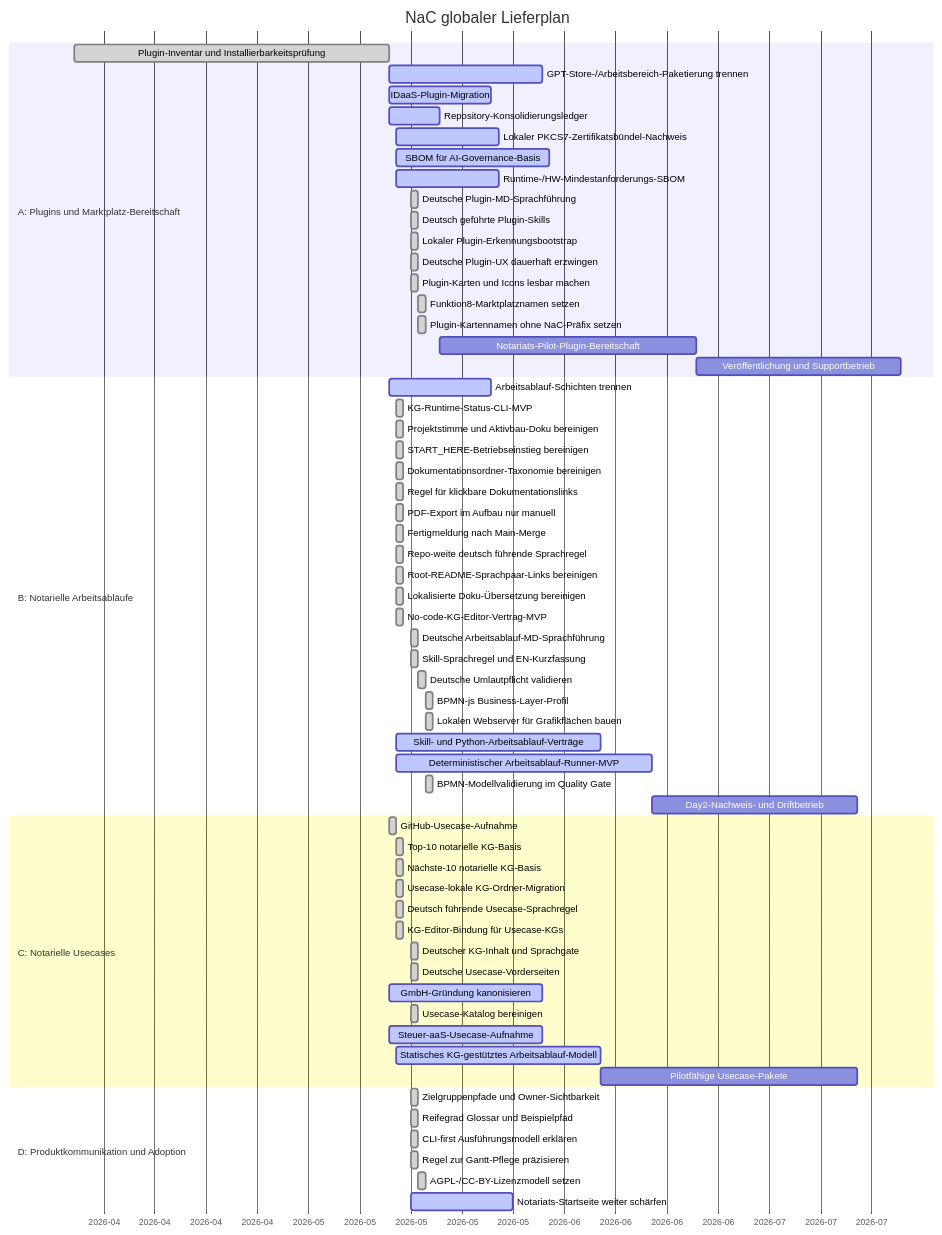
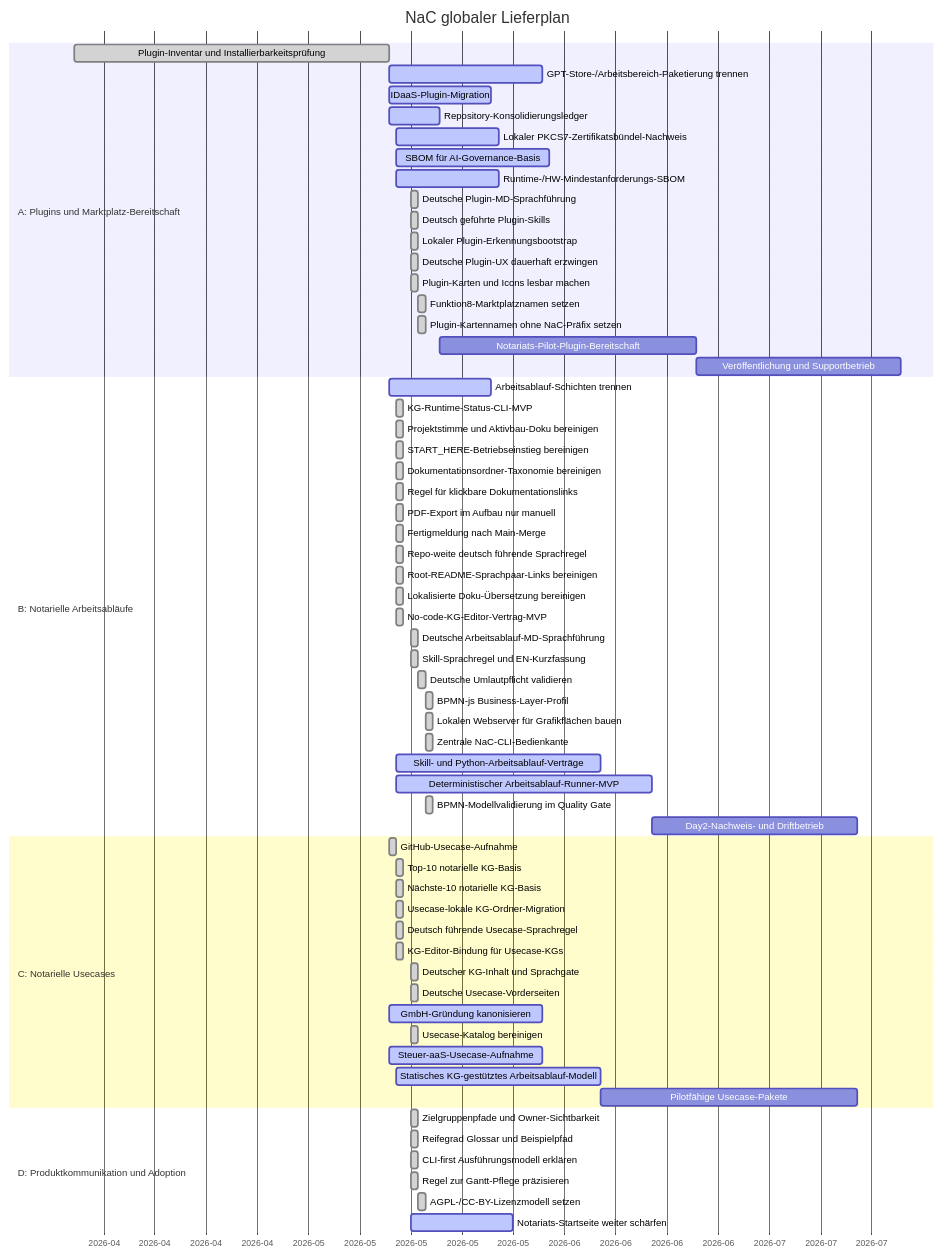
One commit to notariat8/NaC changed the diagram in roadmap/GANTT.md. Above: the diagram before and after it, drawn with Mermaid. The commit also changed other lines of this file and 52 other files, not shown here.

````diff
--- a/roadmap/GANTT.md
+++ b/roadmap/GANTT.md
@@ -14,70 +14,71 @@
 ```mermaid
 gantt
     title NaC globaler Lieferplan
     dateFormat  YYYY-MM-DD
     axisFormat  %Y-%m
 
     section A: Plugins und Marktplatz-Bereitschaft
     Plugin-Inventar und Installierbarkeitsprüfung :done, a1, 2026-04-01, 2026-05-14
     GPT-Store-/Arbeitsbereich-Paketierung trennen :active, a2, 2026-05-14, 21d
     IDaaS-Plugin-Migration                       :active,  a3, 2026-05-14, 14d
     Repository-Konsolidierungsledger             :active,  a4, 2026-05-14, 7d
     Lokaler PKCS7-Zertifikatsbündel-Nachweis    :active,  a4a, 2026-05-15, 14d
     SBOM für AI-Governance-Basis                :active,  a4b, 2026-05-15, 21d
     Runtime-/HW-Mindestanforderungs-SBOM         :active,  a4c, 2026-05-15, 14d
     Deutsche Plugin-MD-Sprachführung            :done,    a4d, 2026-05-17, 1d
     Deutsch geführte Plugin-Skills              :done,    a4e, 2026-05-17, 1d
     Lokaler Plugin-Erkennungsbootstrap           :done,    a4f, 2026-05-17, 1d
     Deutsche Plugin-UX dauerhaft erzwingen       :done,    a4g, 2026-05-17, 1d
     Plugin-Karten und Icons lesbar machen        :done,    a4h, 2026-05-17, 1d
     Funktion8-Marktplatznamen setzen             :done,    a4i, 2026-05-18, 1d
     Plugin-Kartennamen ohne NaC-Präfix setzen    :done,    a4j, 2026-05-18, 1d
     Notariats-Pilot-Plugin-Bereitschaft          :         a5, after a4, 35d
     Veröffentlichung und Supportbetrieb         :         a6, after a5, 28d
 
     section B: Notarielle Arbeitsabläufe
     Arbeitsablauf-Schichten trennen              :active,  b1, 2026-05-14, 14d
     KG-Runtime-Status-CLI-MVP                    :done,    b1a, 2026-05-15, 1d
     Projektstimme und Aktivbau-Doku bereinigen   :done,    b1b, 2026-05-15, 1d
     START_HERE-Betriebseinstieg bereinigen       :done,    b1c, 2026-05-15, 1d
     Dokumentationsordner-Taxonomie bereinigen    :done,    b1d, 2026-05-15, 1d
     Regel für klickbare Dokumentationslinks     :done,    b1e, 2026-05-15, 1d
     PDF-Export im Aufbau nur manuell             :done,    b1f, 2026-05-15, 1d
     Fertigmeldung nach Main-Merge                :done,    b1g, 2026-05-15, 1d
     Repo-weite deutsch führende Sprachregel     :done,    b1h, 2026-05-15, 1d
     Root-README-Sprachpaar-Links bereinigen      :done,    b1i, 2026-05-15, 1d
     Lokalisierte Doku-Übersetzung bereinigen    :done,    b1j, 2026-05-15, 1d
     No-code-KG-Editor-Vertrag-MVP                :done,    b1k, 2026-05-15, 1d
     Deutsche Arbeitsablauf-MD-Sprachführung     :done,    b1l, 2026-05-17, 1d
     Skill-Sprachregel und EN-Kurzfassung         :done,    b1m, 2026-05-17, 1d
     Deutsche Umlautpflicht validieren            :done,    b1n, 2026-05-18, 1d
     BPMN-js Business-Layer-Profil                :done,    b1o, 2026-05-19, 1d
     Lokalen Webserver für Grafikflächen bauen   :done,    b1p, 2026-05-19, 1d
+    Zentrale NaC-CLI-Bedienkante                 :done,    b1q, 2026-05-19, 1d
     Skill- und Python-Arbeitsablauf-Verträge    :active,  b2, 2026-05-15, 28d
     Deterministischer Arbeitsablauf-Runner-MVP   :active,  b3, 2026-05-15, 35d
     BPMN-Modellvalidierung im Quality Gate       :done,    b3a, 2026-05-19, 1d
     Day2-Nachweis- und Driftbetrieb              :         b4, after b3, 28d
 
     section C: Notarielle Usecases
     GitHub-Usecase-Aufnahme                      :done,    c1, 2026-05-14, 1d
     Top-10 notarielle KG-Basis                   :done,    c2, 2026-05-15, 1d
     Nächste-10 notarielle KG-Basis              :done,    c3, 2026-05-15, 1d
     Usecase-lokale KG-Ordner-Migration           :done,    c3a, 2026-05-15, 1d
     Deutsch führende Usecase-Sprachregel        :done,    c3b, 2026-05-15, 1d
     KG-Editor-Bindung für Usecase-KGs           :done,    c3c, 2026-05-15, 1d
     Deutscher KG-Inhalt und Sprachgate           :done,    c3d, 2026-05-17, 1d
     Deutsche Usecase-Vorderseiten                :done,    c3e, 2026-05-17, 1d
     GmbH-Gründung kanonisieren                  :active,  c4, 2026-05-14, 21d
     Usecase-Katalog bereinigen                 :done,    c5, 2026-05-17, 1d
     Steuer-aaS-Usecase-Aufnahme                  :active,  c6, 2026-05-14, 21d
     Statisches KG-gestütztes Arbeitsablauf-Modell :active, c7, 2026-05-15, 28d
     Pilotfähige Usecase-Pakete                  :         c8, after c7, 35d
 
     section D: Produktkommunikation und Adoption
     Zielgruppenpfade und Owner-Sichtbarkeit      :done,    d1, 2026-05-17, 1d
     Reifegrad Glossar und Beispielpfad           :done,    d1a, 2026-05-17, 1d
     CLI-first Ausführungsmodell erklären       :done,    d1b, 2026-05-17, 1d
     Regel zur Gantt-Pflege präzisieren         :done,    d1c, 2026-05-17, 1d
     AGPL-/CC-BY-Lizenzmodell setzen              :done,    d1d, 2026-05-18, 1d
     Notariats-Startseite weiter schärfen        :active,  d2, 2026-05-17, 14d
 ```
````
